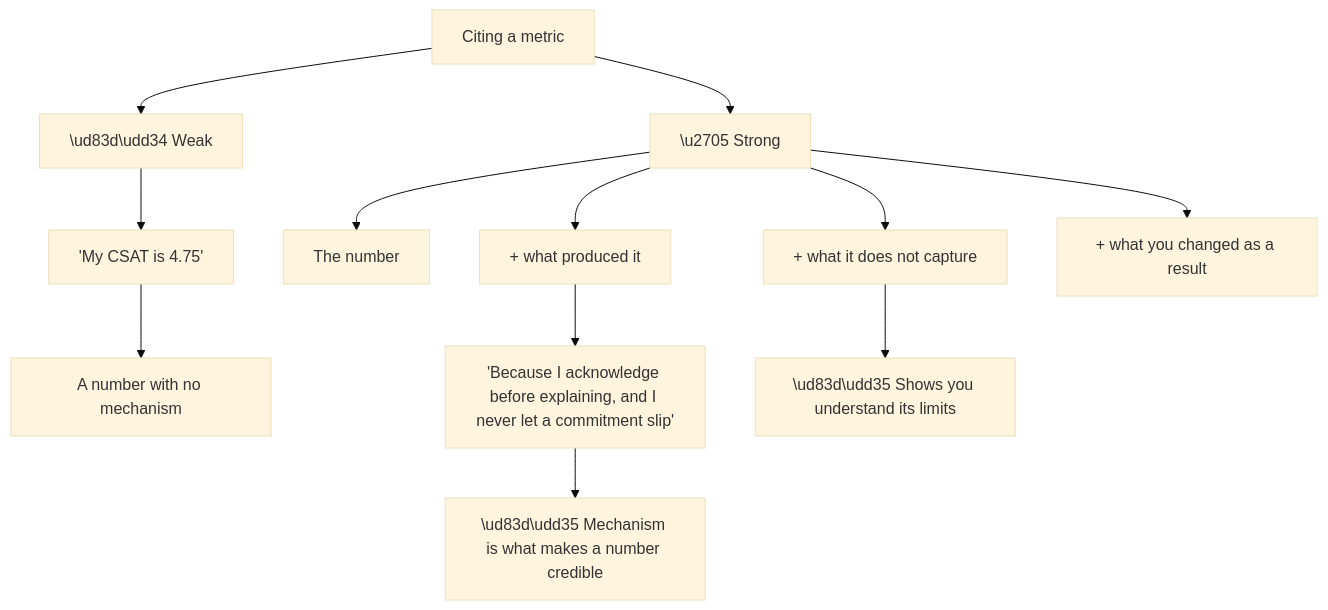
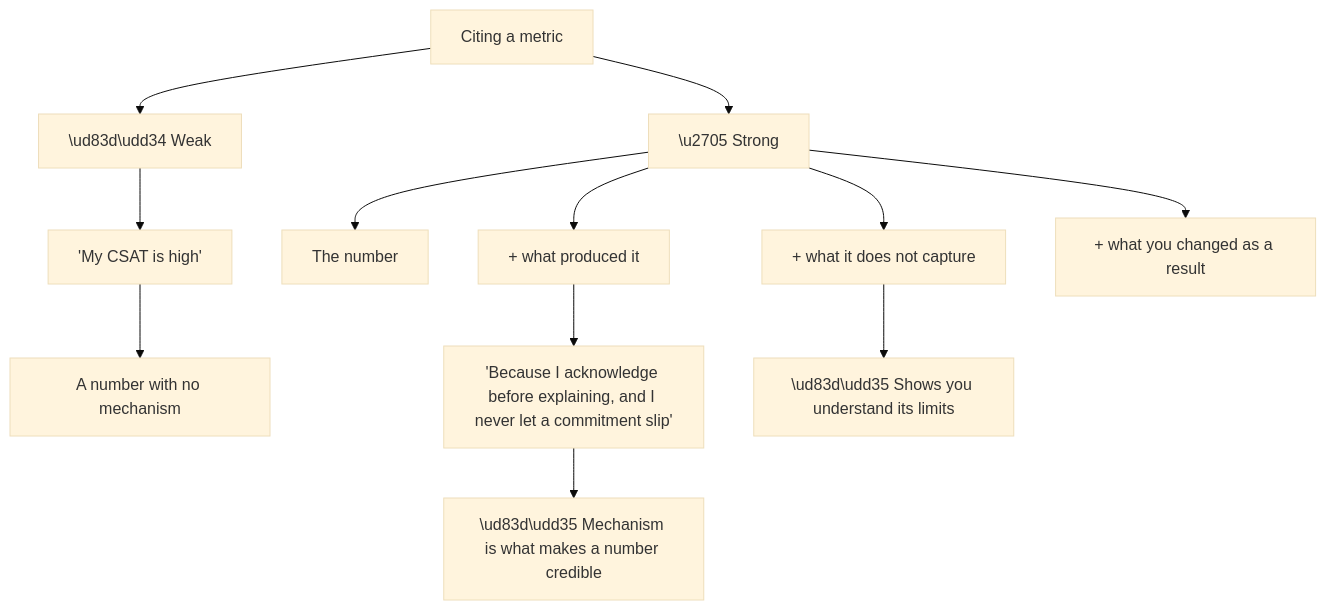
Before and after one commit to hichauhan-in/Interview-Prep: the sixth of 8 diagrams in Okta DSE/prep/Part-123-support-metrics-and-operational-improvement.md, drawn with Mermaid (base theme). The commit also changed other lines of this file and 493 other files, not shown here.

````diff
--- a/Okta DSE/prep/Part-123-support-metrics-and-operational-improvement.md
+++ b/Okta DSE/prep/Part-123-support-metrics-and-operational-improvement.md
@@ -208,14 +208,14 @@
 ```mermaid
 flowchart TD
     N["Citing a metric"] --> W["\ud83d\udd34 Weak"]
-    W --> W1["'My CSAT is 4.75'"]
+    W --> W1["'My CSAT is high'"]
     W1 --> W1a["A number with no mechanism"]
     N --> S["\u2705 Strong"]
     S --> S1["The number"]
     S --> S2["+ what produced it"]
     S2 --> S2a["'Because I acknowledge before explaining, and I never let a commitment slip'"]
     S --> S3["+ what it does not capture"]
     S3 --> S3a["\ud83d\udd35 Shows you understand its limits"]
     S --> S4["+ what you changed as a result"]
     S2a --> R["\ud83d\udd35 Mechanism is what makes a number credible"]
 ```
````
